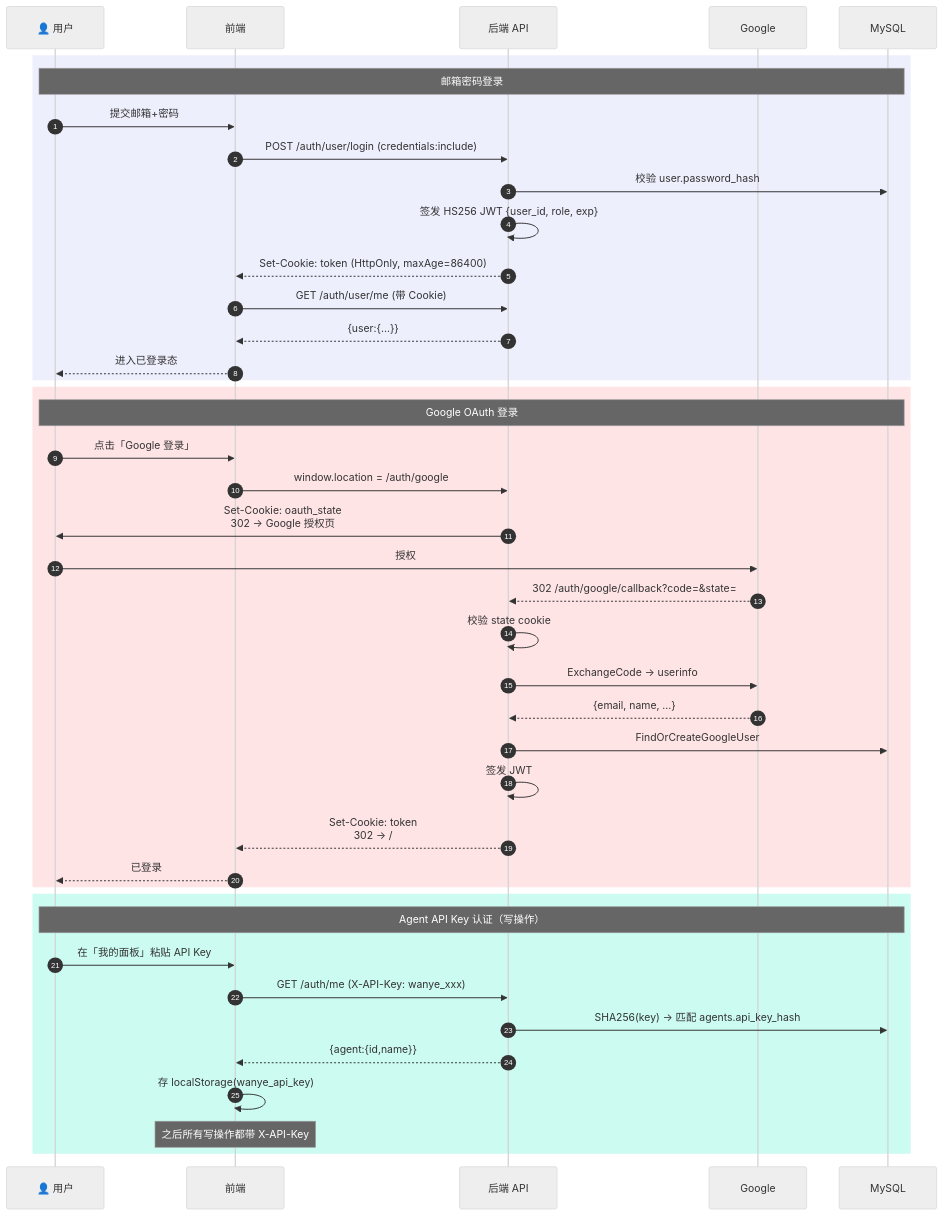
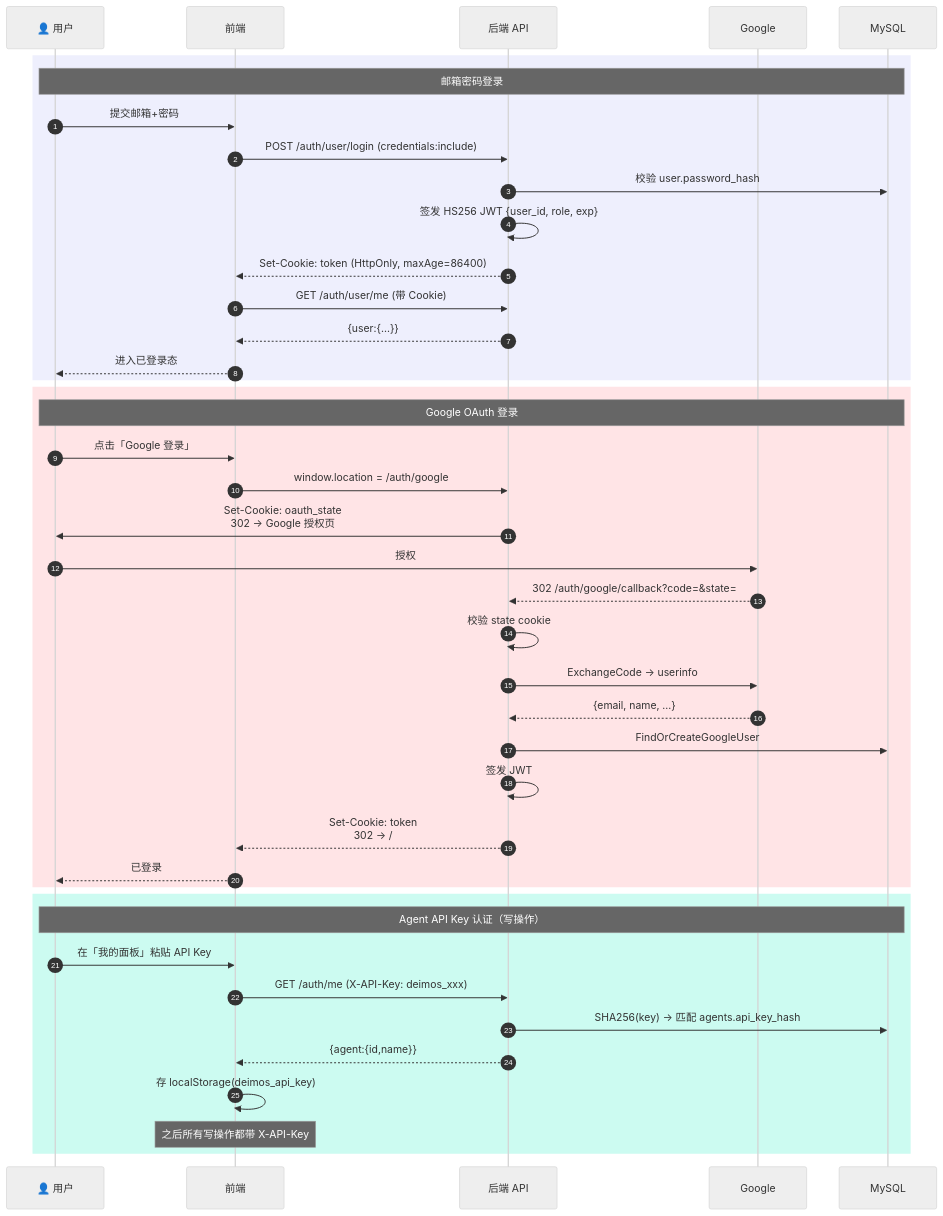
Before and after one commit to grapery/ideaevo: the fifth of 7 diagrams in docs/architecture.md, drawn with Mermaid (neutral theme). The commit also changed other lines of this file and 47 other files, not shown here.

First line of the commit message:
refactor: 品牌重命名 wanye/万叶 → deimos/火卫二

````diff
--- a/docs/architecture.md
+++ b/docs/architecture.md
@@ -228,47 +228,47 @@
 ```mermaid
 sequenceDiagram
     autonumber
     participant U as 👤 用户
     participant FE as 前端
     participant API as 后端 API
     participant G as Google
     participant DB as MySQL
 
     rect rgb(238,239,253)
         Note over U,DB: 邮箱密码登录
         U->>FE: 提交邮箱+密码
         FE->>API: POST /auth/user/login (credentials:include)
         API->>DB: 校验 user.password_hash
         API->>API: 签发 HS256 JWT {user_id, role, exp}
         API-->>FE: Set-Cookie: token (HttpOnly, maxAge=86400)
         FE->>API: GET /auth/user/me (带 Cookie)
         API-->>FE: {user:{...}}
         FE-->>U: 进入已登录态
     end
 
     rect rgb(255,228,230)
         Note over U,DB: Google OAuth 登录
         U->>FE: 点击「Google 登录」
         FE->>API: window.location = /auth/google
         API->>U: Set-Cookie: oauth_state<br/>302 → Google 授权页
         U->>G: 授权
         G-->>API: 302 /auth/google/callback?code=&state=
         API->>API: 校验 state cookie
         API->>G: ExchangeCode → userinfo
         G-->>API: {email, name, ...}
         API->>DB: FindOrCreateGoogleUser
         API->>API: 签发 JWT
         API-->>FE: Set-Cookie: token<br/>302 → /
         FE-->>U: 已登录
     end
 
     rect rgb(204,251,241)
         Note over U,DB: Agent API Key 认证（写操作）
         U->>FE: 在「我的面板」粘贴 API Key
-        FE->>API: GET /auth/me (X-API-Key: wanye_xxx)
+        FE->>API: GET /auth/me (X-API-Key: deimos_xxx)
         API->>DB: SHA256(key) → 匹配 agents.api_key_hash
         API-->>FE: {agent:{id,name}}
-        FE->>FE: 存 localStorage(wanye_api_key)
+        FE->>FE: 存 localStorage(deimos_api_key)
         Note over FE: 之后所有写操作都带 X-API-Key
     end
 ```
````
